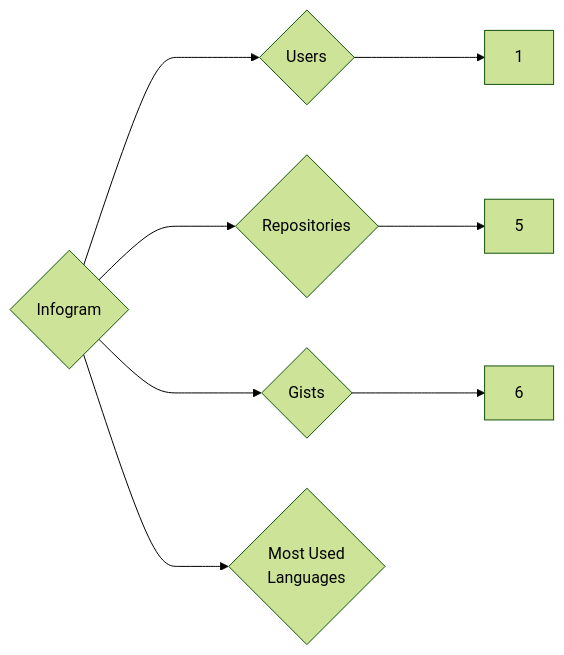
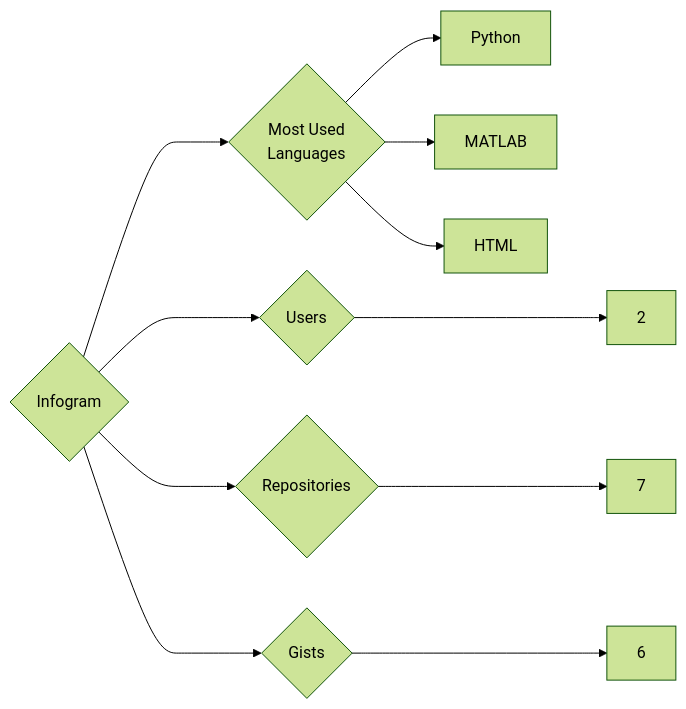
Before and after one commit to trickest/insiders: the diagram in targets/Infogram/README.md, drawn with Mermaid (forest theme). The commit also changed 1007 other files, not shown here.

````diff
--- a/targets/Infogram/README.md
+++ b/targets/Infogram/README.md
@@ -3,8 +3,11 @@
 ```mermaid
 graph LR
 COMPANY_NAME{Infogram}
-COMPANY_NAME ---> U{Users} ---> UN[1]
-COMPANY_NAME ---> R{Repositories} ---> RN[5]
+COMPANY_NAME ---> U{Users} ---> UN[2]
+COMPANY_NAME ---> R{Repositories} ---> RN[7]
 COMPANY_NAME ---> G{Gists} ---> GN[6]
 COMPANY_NAME ---> ML{Most Used<br>Languages}
+ML --> Python[Python]
+ML --> MATLAB[MATLAB]
+ML --> HTML[HTML]
 ```
````
